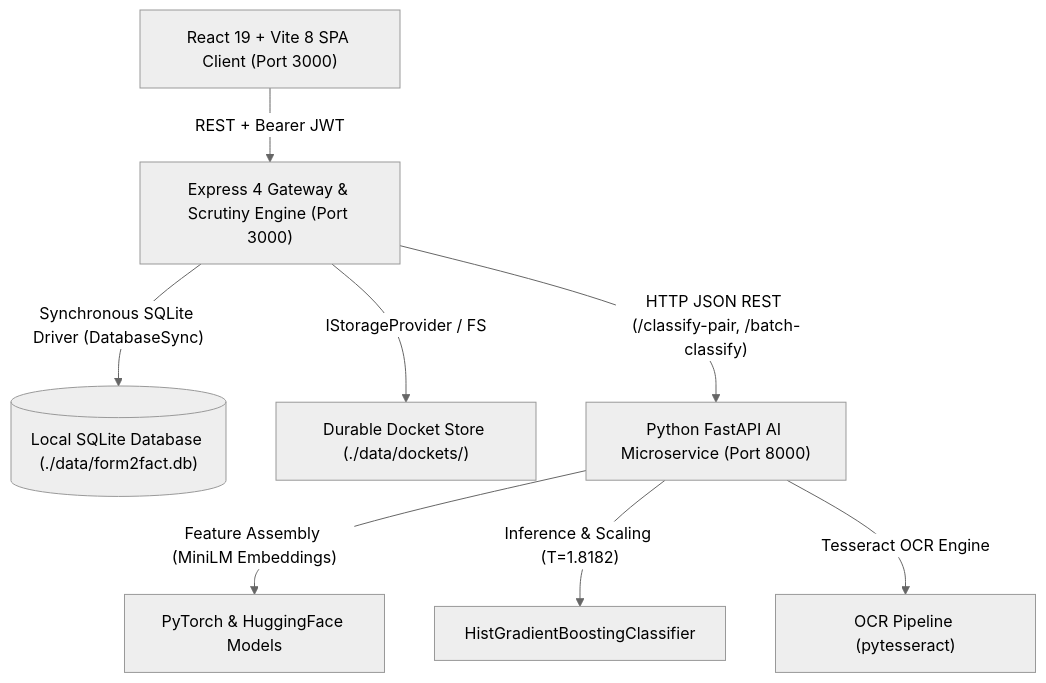
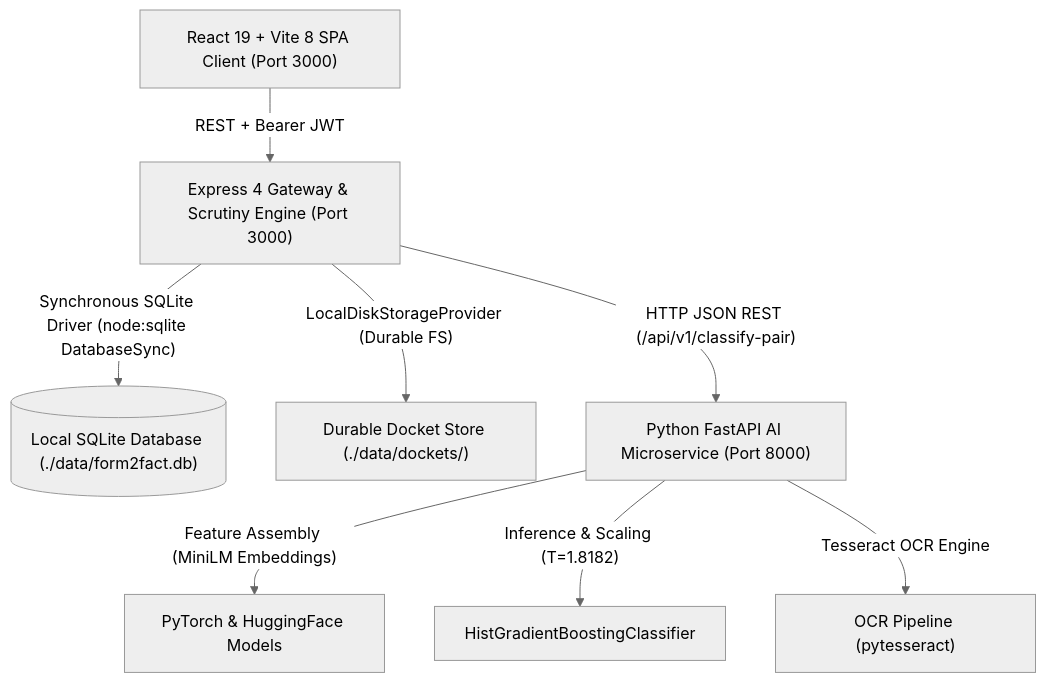
The diagram in docs/final-audit/ARCHITECTURE_INTEGRITY_REPORT.md (shinchxn/form2fact), drawn with Mermaid (neutral theme) before and after one commit. The commit also changed other lines of this file and 10 other files, not shown here.

````diff
--- a/docs/final-audit/ARCHITECTURE_INTEGRITY_REPORT.md
+++ b/docs/final-audit/ARCHITECTURE_INTEGRITY_REPORT.md
@@ -15,10 +15,10 @@
 ```mermaid
 flowchart TD
     Client["React 19 + Vite 8 SPA Client (Port 3000)"] -->|"REST + Bearer JWT"| Gateway["Express 4 Gateway & Scrutiny Engine (Port 3000)"]
-    Gateway -->|"Synchronous SQLite Driver (DatabaseSync)"| DB[("Local SQLite Database (./data/form2fact.db)")]
-    Gateway -->|"IStorageProvider / FS"| Storage["Durable Docket Store (./data/dockets/)"]
-    Gateway -->|"HTTP JSON REST (/classify-pair, /batch-classify)"| AIService["Python FastAPI AI Microservice (Port 8000)"]
+    Gateway -->|"Synchronous SQLite Driver (node:sqlite DatabaseSync)"| DB[("Local SQLite Database (./data/form2fact.db)")]
+    Gateway -->|"LocalDiskStorageProvider (Durable FS)"| Storage["Durable Docket Store (./data/dockets/)"]
+    Gateway -->|"HTTP JSON REST (/api/v1/classify-pair)"| AIService["Python FastAPI AI Microservice (Port 8000)"]
     AIService -->|"Feature Assembly (MiniLM Embeddings)"| PyTorch["PyTorch & HuggingFace Models"]
     AIService -->|"Inference & Scaling (T=1.8182)"| Head["HistGradientBoostingClassifier"]
     AIService -->|"Tesseract OCR Engine"| OCR["OCR Pipeline (pytesseract)"]
 ```
````
